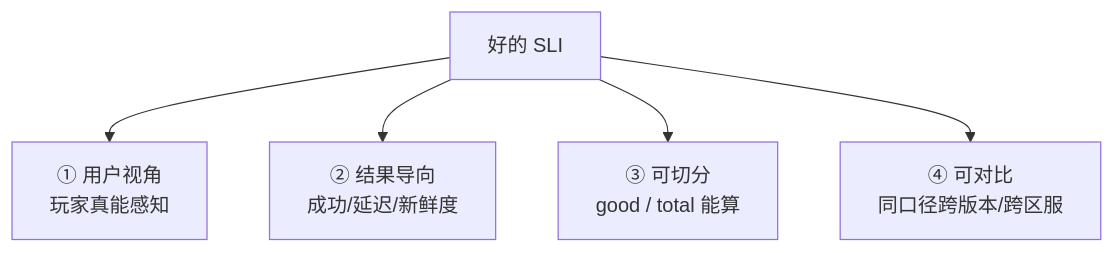
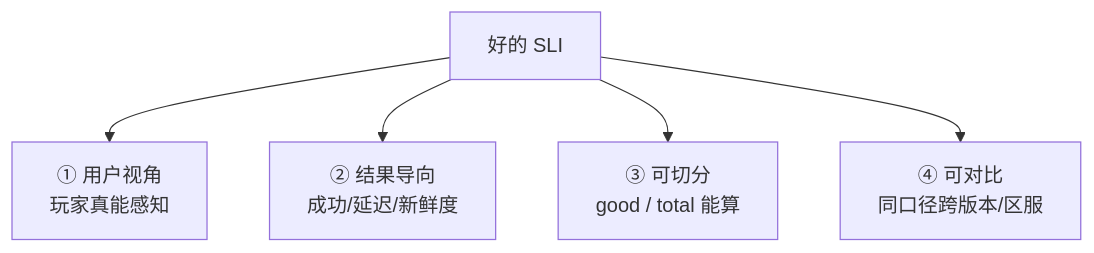
The second of 4 diagrams in 09-可观测性与SRE方法论/06-SLI-SLO与错误预算/知识点.md (ml-cuizijun/LearnToLilith), drawn with Mermaid before and after one commit. The commit also changed other lines of this file and 178 other files, not shown here.

````diff
--- a/09-可观测性与SRE方法论/06-SLI-SLO与错误预算/知识点.md
+++ b/09-可观测性与SRE方法论/06-SLI-SLO与错误预算/知识点.md
@@ -122,7 +104,7 @@
 ```mermaid
 flowchart TB
     A["好的 SLI"] --> B["① 用户视角<br/>玩家真能感知"]
     A --> C["② 结果导向<br/>成功/延迟/新鲜度"]
     A --> D["③ 可切分<br/>good / total 能算"]
-    A --> E["④ 可对比<br/>同口径跨版本/跨区服"]
+    A --> E["④ 可对比<br/>同口径跨版本/区服"]
 ```
````
